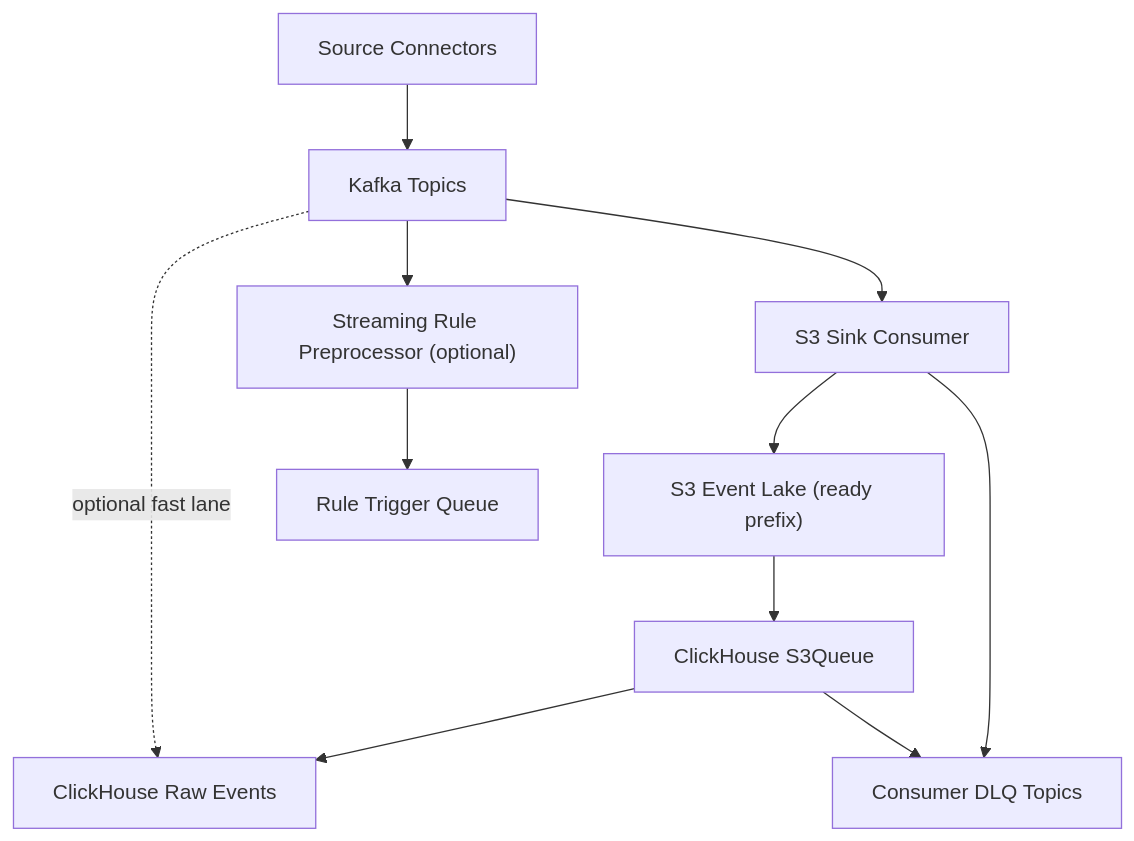
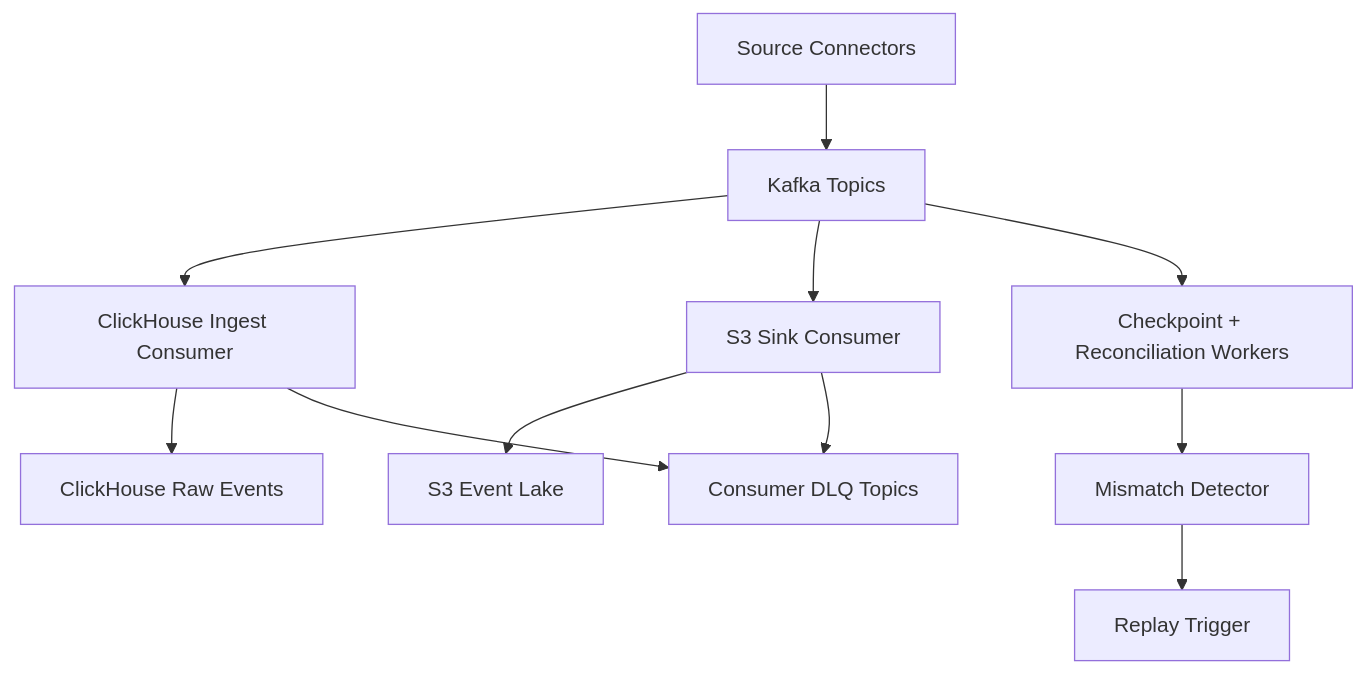
Before and after one commit to harshavardhan-99/-SQL-Engine-: the diagram in docs/lld/02-event-backbone-kafka-lld.md, drawn with Mermaid. The commit also changed other lines of this file and 7 other files, not shown here.

Commit message:
Rearchitect docs to parallel ingestion with reliability controls

````diff
--- a/docs/lld/02-event-backbone-kafka-lld.md
+++ b/docs/lld/02-event-backbone-kafka-lld.md
@@ -33,15 +34,15 @@
 ```mermaid
 flowchart TB
   Producers["Source Connectors"] --> Topics["Kafka Topics"]
+  Topics --> CHIngest["ClickHouse Ingest Consumer"]
   Topics --> S3Sink["S3 Sink Consumer"]
-  Topics --> StreamRules["Streaming Rule Preprocessor (optional)"]
+  Topics --> Ctrl["Checkpoint + Reconciliation Workers"]
 
-  S3Sink --> S3["S3 Event Lake (ready prefix)"]
-  S3 --> S3Q["ClickHouse S3Queue"]
-  S3Q --> CHRaw["ClickHouse Raw Events"]
-  Topics -.optional fast lane.-> CHRaw
-  StreamRules --> RuleQueue["Rule Trigger Queue"]
+  CHIngest --> CHRaw["ClickHouse Raw Events"]
+  S3Sink --> S3["S3 Event Lake"]
+  Ctrl --> Reconcile["Mismatch Detector"]
+  Reconcile --> Replay["Replay Trigger"]
 
-  S3Sink --> DLQ["Consumer DLQ Topics"]
-  S3Q --> DLQ
+  CHIngest --> DLQ["Consumer DLQ Topics"]
+  S3Sink --> DLQ
 ```
````
